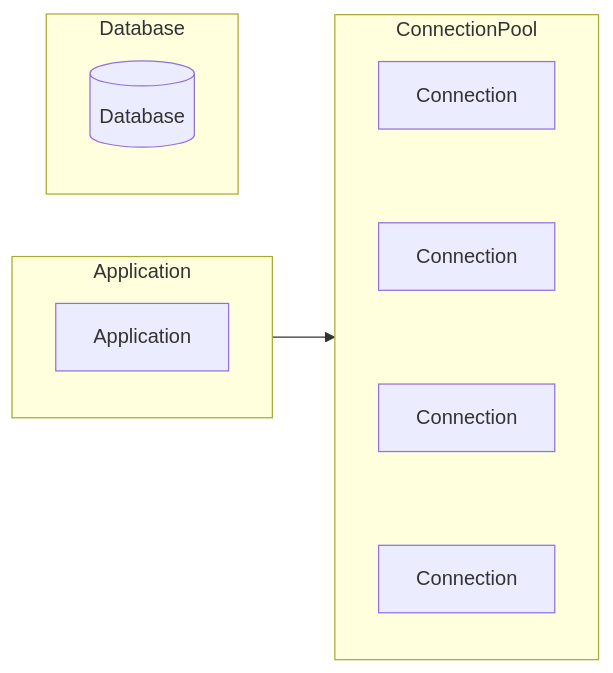
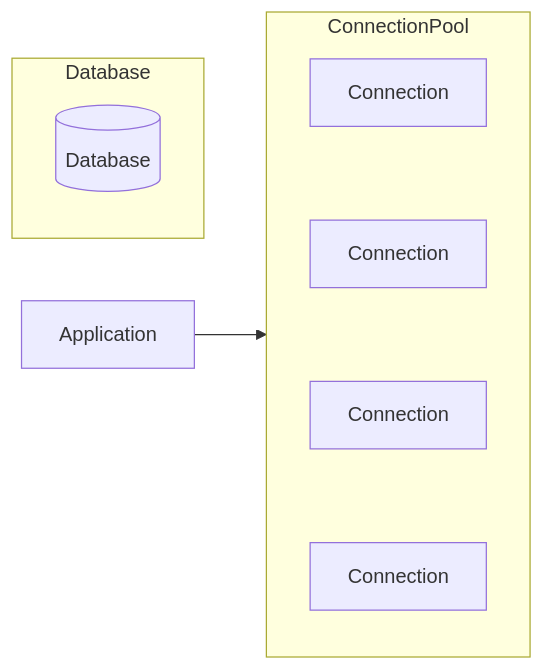
One commit to benggri/study changed the diagram in application/db/connection_pool.md. Above: the diagram before and after it, drawn with Mermaid.

````diff
--- a/application/db/connection_pool.md
+++ b/application/db/connection_pool.md
@@ -3,20 +3,18 @@
 ```mermaid
 flowchart LR
-  subgraph Application
-    APP[Application]
-  end
+  APP[Application]
   subgraph ConnectionPool
     direction TB
     C1[Connection]
     C2[Connection]
     C3[Connection]
     C4[Connection]
     C1 ~~~ C2
     C2 ~~~ C3
     C3 ~~~ C4
   end
   subgraph Database
     DB[(Database)]
   end
-  Application --> ConnectionPool
+  APP --> ConnectionPool
 ```
````
